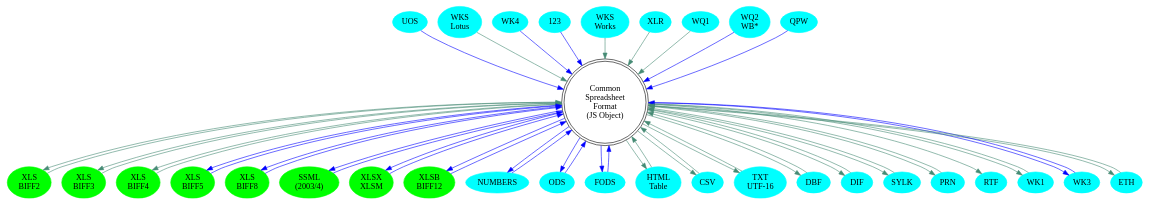
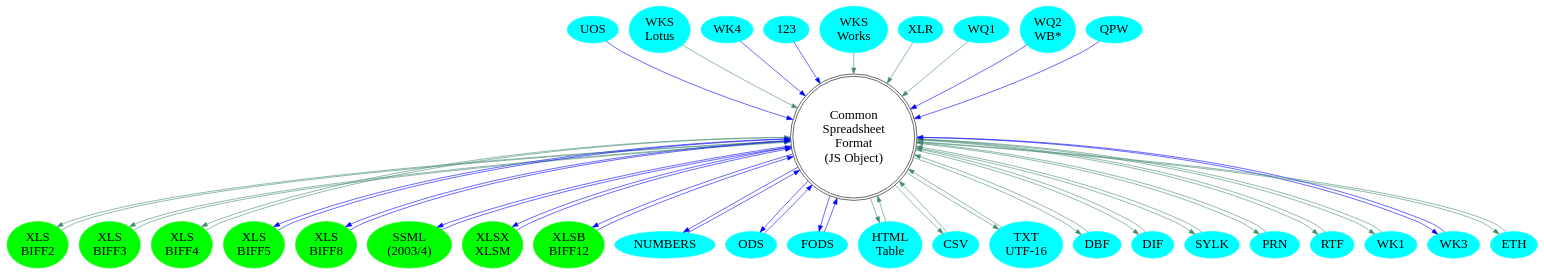
One commit to SheetJS/docs.sheetjs.com changed the diagram in misc/formats.dot. Above: the diagram before and after it, drawn with Graphviz. The commit also changed 160 other files, not shown here.

```diff
--- a/misc/formats.dot
+++ b/misc/formats.dot
@@ -1,102 +1,103 @@
 digraph G {
 	graph [mindist=0.1];
-	node [fontname="Indie Flower"];
+	node [fontname="Indie Flower",fontsize=22];
 	csf [shape=doublecircle,label="Common\nSpreadsheet\nFormat\n(JS Object)"];
 	subgraph XL {
 		node  [style=filled,color="#00FF00"];
 		xls2  [label="XLS\nBIFF2"];
 		xls3  [label="XLS\nBIFF3"];
 		xls4  [label="XLS\nBIFF4"];
 		xls5  [label="XLS\nBIFF5"];
 		xls8  [label="XLS\nBIFF8"];
 		xlml  [label="SSML\n(2003/4)"];
 		xlsx  [label="XLSX\nXLSM"];
 		xlsb  [label="XLSB\nBIFF12"];
 	}
 
 	subgraph OLD {
 		node  [style=filled,color=cyan];
 		nums  [label="NUMBERS"];
 		ods   [label="ODS"];
 		fods  [label="FODS"];
 		uos   [label="UOS"];
 		html  [label="HTML\nTable"];
 		csv   [label="CSV"];
 		txt   [label="TXT\nUTF-16"];
 		dbf   [label="DBF"];
 		dif   [label="DIF"];
 		slk   [label="SYLK"];
 		prn   [label="PRN"];
 		rtf   [label="RTF"];
 		wk1   [label="WK1"];
 		wksl  [label="WKS\nLotus"];
 		wk3   [label="WK3"];
 		wk4   [label="WK4"]
 		123   [label="123"];
 		wksm  [label="WKS\nWorks"];
 		xlr   [label="XLR"];
 		wq1   [label="WQ1"];
 		wq2   [label="WQ2\nWB*"];
 		qpw   [label="QPW"];
 		eth   [label="ETH"];
 	}
 
 	subgraph WORKBOOK {
 		edge [color=blue];
 		csf -> xlsx
 		xlsx -> csf
 		csf -> xlsb
 		xlsb -> csf
 		csf -> xlml
 		xlml -> csf
 		csf -> xls5
 		xls5 -> csf
 		csf -> xls8
 		xls8 -> csf
 		wq2 -> csf
 		ods -> csf
 		csf -> ods
 		fods -> csf
 		csf -> fods
 		uos -> csf
 		wk3 -> csf
 		csf -> wk3
 		wk4 -> csf
 		123 -> csf
 		qpw -> csf
 		nums -> csf
 		csf -> nums
 	}
 	subgraph WORKSHEET {
 		edge [color=aquamarine4];
 		xls2 -> csf
 		csf -> xls2
 		xls3 -> csf
 		csf -> xls3
 		xls4 -> csf
 		csf -> xls4
 		csf -> slk
 		slk -> csf
 		csf -> dif
 		wk1 -> csf
 		csf -> wk1
 		xlr -> csf
 		wq1 -> csf
 		wksl -> csf
 		wksm -> csf
 		dif -> csf
+		rtf -> csf
 		csf -> rtf
 		prn -> csf
 		csf -> prn
 		csv -> csf
 		csf -> csv
 		txt -> csf
 		csf -> txt
 		dbf -> csf
 		csf -> dbf
 		html -> csf
 		csf -> html
 		csf -> eth
 		eth -> csf
 	}
 }
```
